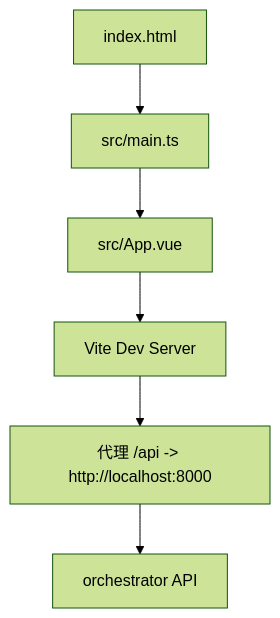
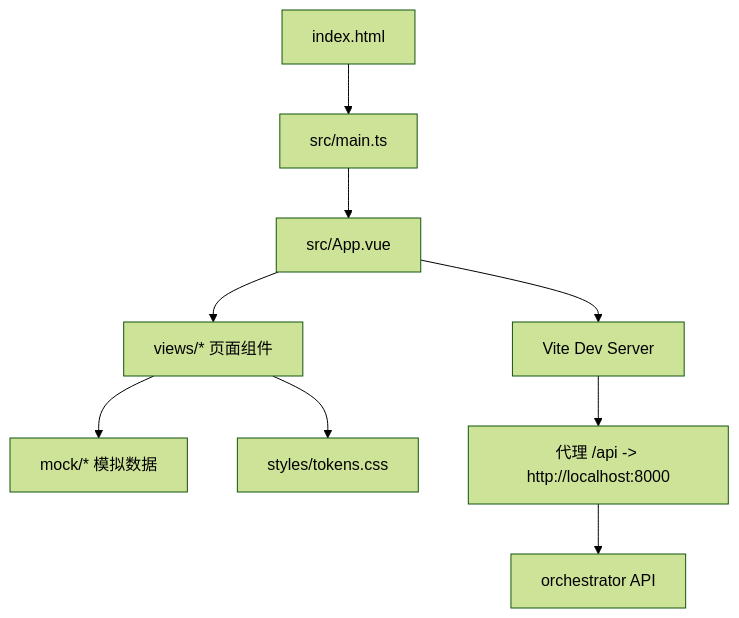
One commit to Joeyzheng001/LLM-AutoTest changed the first of 8 diagrams in .qoder/repowiki/zh/content/系统架构/微服务设计/前端应用.md. Above: the diagram before and after it, drawn with Mermaid (forest theme). The commit also changed other lines of this file and 41 other files, not shown here.

````diff
--- a/.qoder/repowiki/zh/content/系统架构/微服务设计/前端应用.md
+++ b/.qoder/repowiki/zh/content/系统架构/微服务设计/前端应用.md
@@ -41,8 +53,11 @@
 ```mermaid
 graph TB
 HTML["index.html"] --> Main["src/main.ts"]
 Main --> AppVue["src/App.vue"]
+AppVue --> Views["views/* 页面组件"]
+Views --> Mock["mock/* 模拟数据"]
+Views --> Tokens["styles/tokens.css"]
 AppVue --> DevServer["Vite Dev Server"]
 DevServer --> Proxy["代理 /api -> http://localhost:8000"]
 Proxy --> Orchestrator["orchestrator API"]
 ```
````
